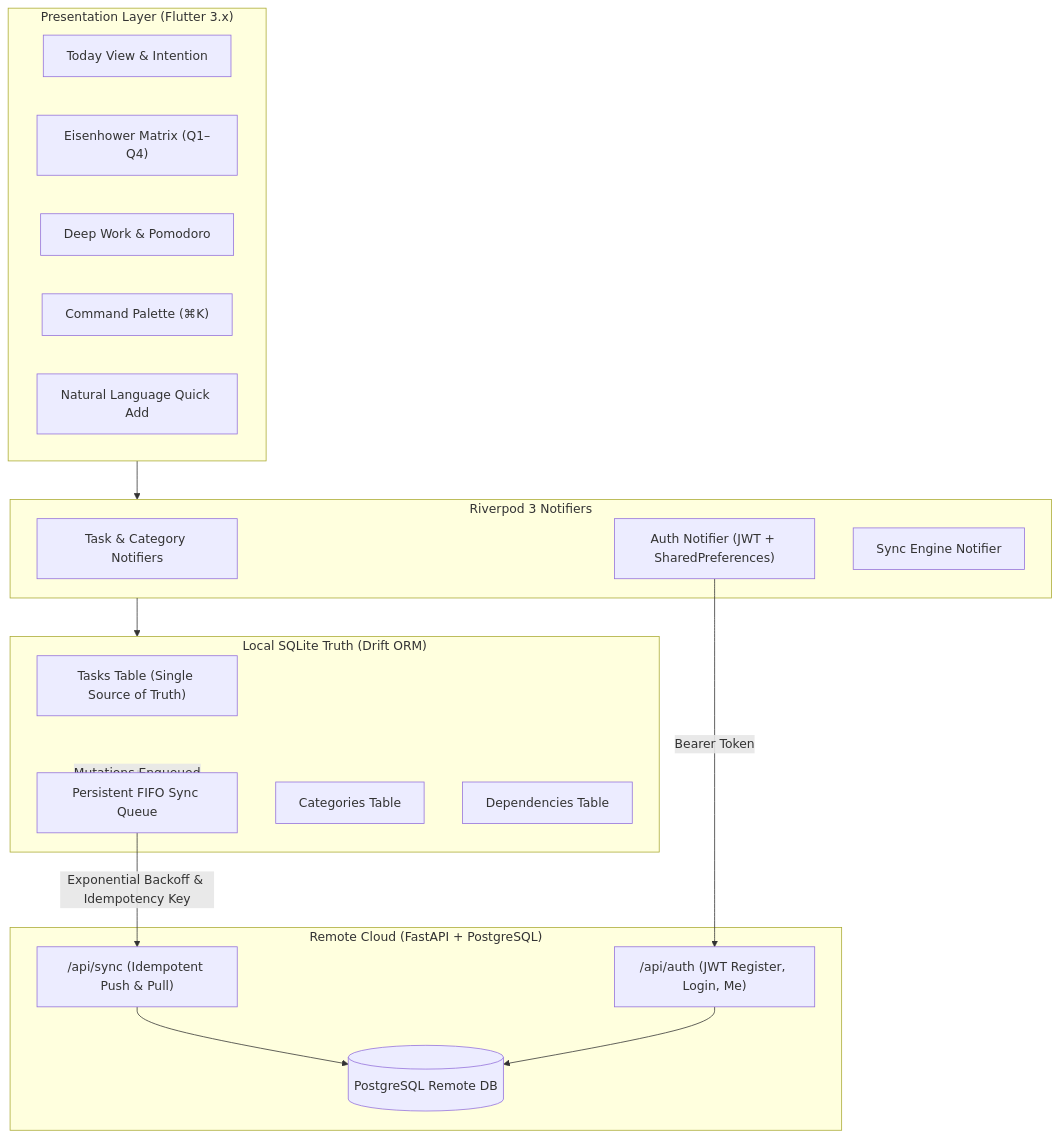
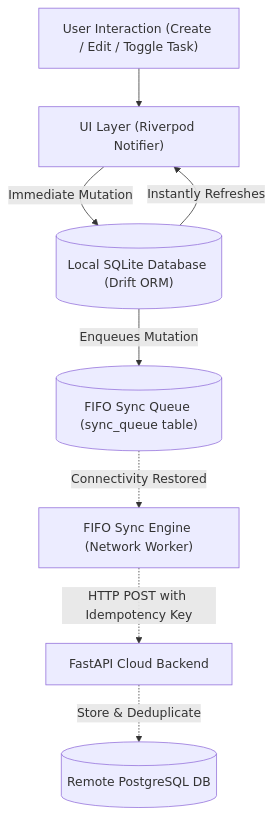
Before and after one commit to Dhyanesh2603/Idem: the diagram in README.md, drawn with Mermaid. The commit also changed other lines of this file and 5 other files, not shown here.

````diff
--- a/README.md
+++ b/README.md
@@ -114,37 +197,10 @@
 ```mermaid
 flowchart TD
-    subgraph UI ["Presentation Layer (Flutter 3.x)"]
-        TodayScreen["Today View & Intention"]
-        MatrixScreen["Eisenhower Matrix (Q1–Q4)"]
-        FocusScreen["Deep Work & Pomodoro"]
-        CmdPalette["Command Palette (⌘K)"]
-        QuickAdd["Natural Language Quick Add"]
-    end
-
-    subgraph State ["Riverpod 3 Notifiers"]
-        TaskProviders["Task & Category Notifiers"]
-        AuthNotifier["Auth Notifier (JWT + SharedPreferences)"]
-        SyncState["Sync Engine Notifier"]
-    end
-
-    subgraph LocalStorage ["Local SQLite Truth (Drift ORM)"]
-        TasksTable["Tasks Table (Single Source of Truth)"]
-        SyncQueueTable["Persistent FIFO Sync Queue"]
-        CategoriesTable["Categories Table"]
-        DepTable["Dependencies Table"]
-    end
-
-    subgraph RemoteBackend ["Remote Cloud (FastAPI + PostgreSQL)"]
-        FastAPIAuth["/api/auth (JWT Register, Login, Me)"]
-        FastAPISync["/api/sync (Idempotent Push & Pull)"]
-        PostgresDB[("PostgreSQL Remote DB")]
-    end
-
-    UI --> State
-    State --> LocalStorage
-    LocalStorage -->|Mutations Enqueued| SyncQueueTable
-    SyncQueueTable -->|Exponential Backoff & Idempotency Key| FastAPISync
-    AuthNotifier -->|Bearer Token| FastAPIAuth
-    FastAPISync --> PostgresDB
-    FastAPIAuth --> PostgresDB
+    UserAction["User Interaction (Create / Edit / Toggle Task)"] --> UI["UI Layer (Riverpod Notifier)"]
+    UI -->|Immediate Mutation| SQLite[("Local SQLite Database (Drift ORM)")]
+    SQLite -->|Instantly Refreshes| UI
+    SQLite -->|Enqueues Mutation| SyncQueue[("FIFO Sync Queue (sync_queue table)")]
+    SyncQueue -.->|Connectivity Restored| SyncEngine["FIFO Sync Engine (Network Worker)"]
+    SyncEngine -.->|HTTP POST with Idempotency Key| Backend["FastAPI Cloud Backend"]
+    Backend -.->|Store & Deduplicate| RemoteDB[("Remote PostgreSQL DB")]
 ```
````
